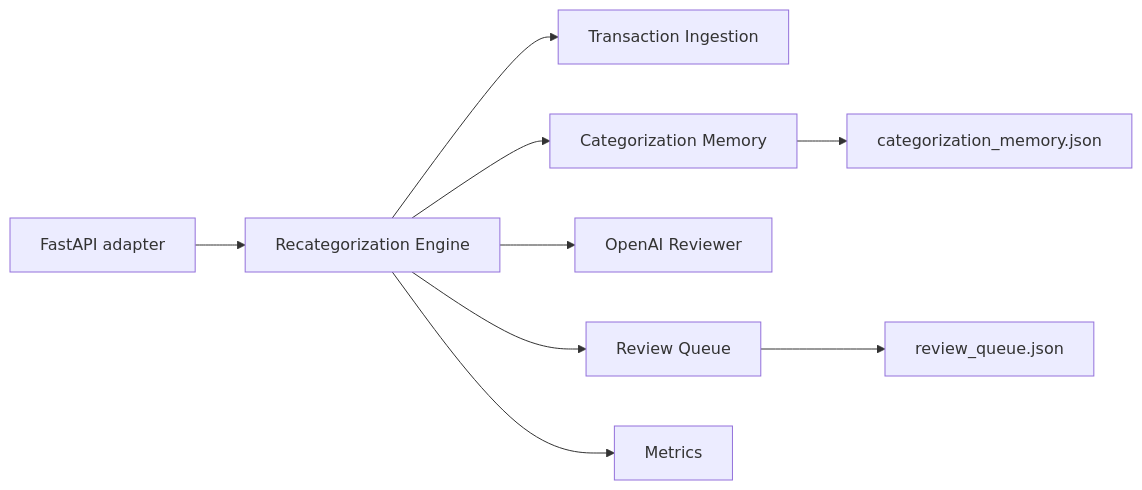
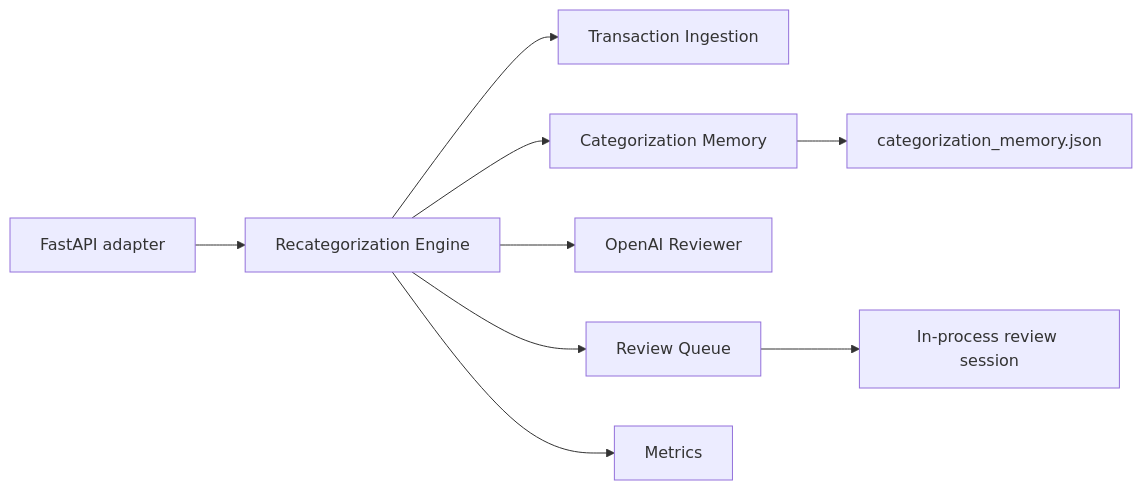
The diagram in README.md (liuwei7923/AIBookKeeping), drawn with Mermaid before and after one commit. The commit also changed other lines of this file and 12 other files, not shown here.

````diff
--- a/README.md
+++ b/README.md
@@ -79,11 +81,11 @@
 ```mermaid
 flowchart LR
     API["FastAPI adapter"] --> ENGINE["Recategorization Engine"]
     ENGINE --> INGESTION["Transaction Ingestion"]
     ENGINE --> MEMORY["Categorization Memory"]
     ENGINE --> REVIEWER["OpenAI Reviewer"]
     ENGINE --> REVIEW["Review Queue"]
     ENGINE --> METRICS["Metrics"]
     MEMORY --> MEMORY_FILE["categorization_memory.json"]
-    REVIEW --> REVIEW_FILE["review_queue.json"]
+    REVIEW --> SESSION["In-process review session"]
 ```
````
